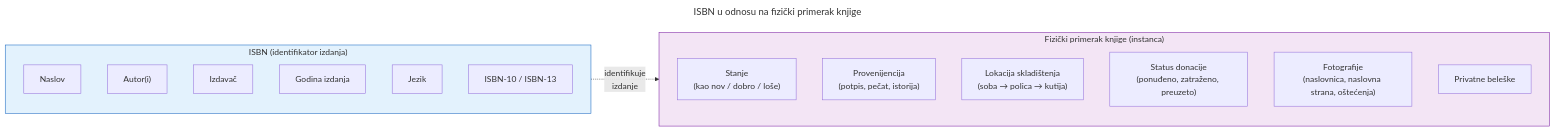
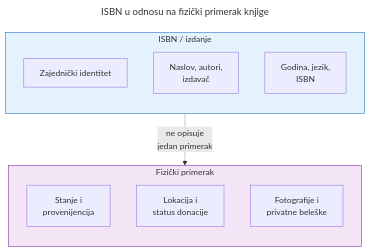
Before and after one commit to mihafreenode/let-books: the diagram in docs/diagrams/blog/isbn-not-a-database/sr-Latn/isbn-vs-physical-book.mmd, drawn with Mermaid. The commit also changed 430 other files, not shown here.

```diff
--- a/docs/diagrams/blog/isbn-not-a-database/sr-Latn/isbn-vs-physical-book.mmd
+++ b/docs/diagrams/blog/isbn-not-a-database/sr-Latn/isbn-vs-physical-book.mmd
@@ -1,28 +1,22 @@
 ---
 title: ISBN u odnosu na fizički primerak knjige
 ---
-flowchart LR
-    subgraph ISBN["ISBN (identifikator izdanja)"]
+flowchart TB
+    subgraph ISBN["ISBN / izdanje"]
         direction TB
-        I1["Naslov"]
-        I2["Autor(i)"]
-        I3["Izdavač"]
-        I4["Godina izdanja"]
-        I5["Jezik"]
-        I6["ISBN-10 / ISBN-13"]
+        I1["Zajednički identitet"]
+        I2["Naslov, autori,<br/>izdavač"]
+        I3["Godina, jezik,<br/>ISBN"]
     end
 
-    subgraph Physical["Fizički primerak knjige (instanca)"]
+    subgraph Physical["Fizički primerak"]
         direction TB
-        P1["Stanje<br/>(kao nov / dobro / loše)"]
-        P2["Provenijencija<br/>(potpis, pečat, istorija)"]
-        P3["Lokacija skladištenja<br/>(soba → polica → kutija)"]
-        P4["Status donacije<br/>(ponuđeno, zatraženo, preuzeto)"]
-        P5["Fotografije<br/>(naslovnica, naslovna strana, oštećenja)"]
-        P6["Privatne beleške"]
+        P1["Stanje i<br/>provenijencija"]
+        P2["Lokacija i<br/>status donacije"]
+        P3["Fotografije i<br/>privatne beleške"]
     end
 
-    ISBN -.->|"identifikuje<br/>izdanje"| Physical
+    I3 -.->|"ne opisuje<br/>jedan primerak"| P1
 
     style ISBN fill:#e3f2fd,stroke:#1565c0
     style Physical fill:#f3e5f5,stroke:#7b1fa2
```
